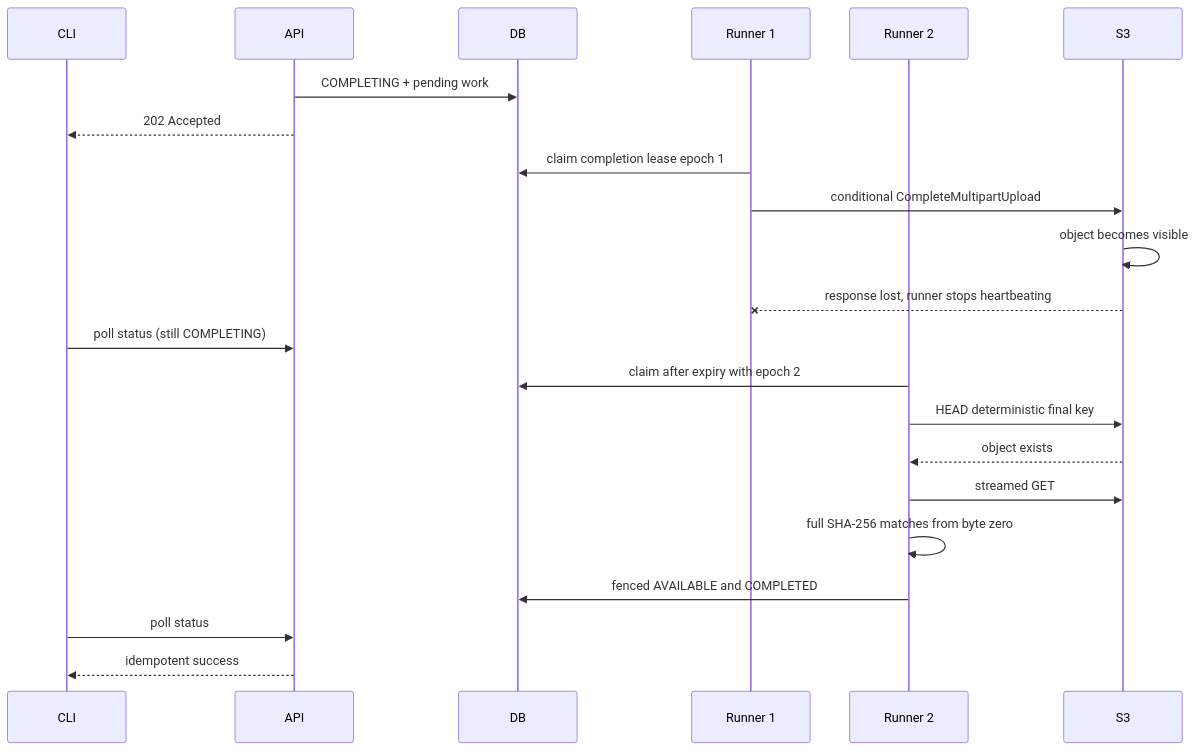
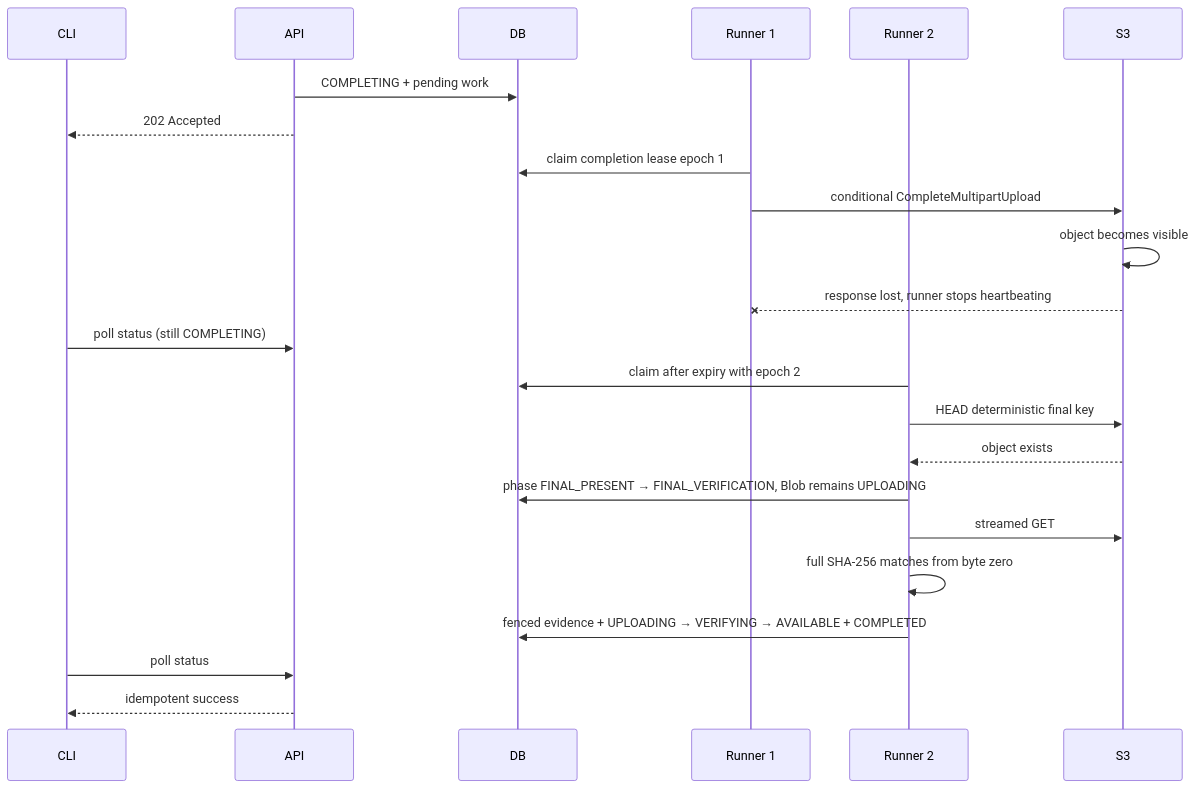
Before and after one commit to zbnerd/RoboLake: the seventh of 10 diagrams in docs/M2_MULTIPART_ARCHITECTURE.md, drawn with Mermaid. The commit also changed other lines of this file and 14 other files, not shown here.

````diff
--- a/docs/M2_MULTIPART_ARCHITECTURE.md
+++ b/docs/M2_MULTIPART_ARCHITECTURE.md
@@ -458,24 +506,25 @@
 ```mermaid
 sequenceDiagram
     participant CLI
     participant API
     participant DB
     participant R1 as Runner 1
     participant R2 as Runner 2
     participant S3
     API->>DB: COMPLETING + pending work
     API-->>CLI: 202 Accepted
     R1->>DB: claim completion lease epoch 1
     R1->>S3: conditional CompleteMultipartUpload
     S3->>S3: object becomes visible
     S3--xR1: response lost, runner stops heartbeating
     CLI->>API: poll status (still COMPLETING)
     R2->>DB: claim after expiry with epoch 2
     R2->>S3: HEAD deterministic final key
     S3-->>R2: object exists
+    R2->>DB: phase FINAL_PRESENT → FINAL_VERIFICATION, Blob remains UPLOADING
     R2->>S3: streamed GET
     R2->>R2: full SHA-256 matches from byte zero
-    R2->>DB: fenced AVAILABLE and COMPLETED
+    R2->>DB: fenced evidence + UPLOADING → VERIFYING → AVAILABLE + COMPLETED
     CLI->>API: poll status
     API-->>CLI: idempotent success
 ```
````
